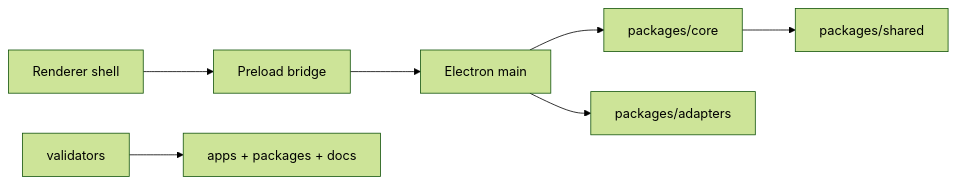
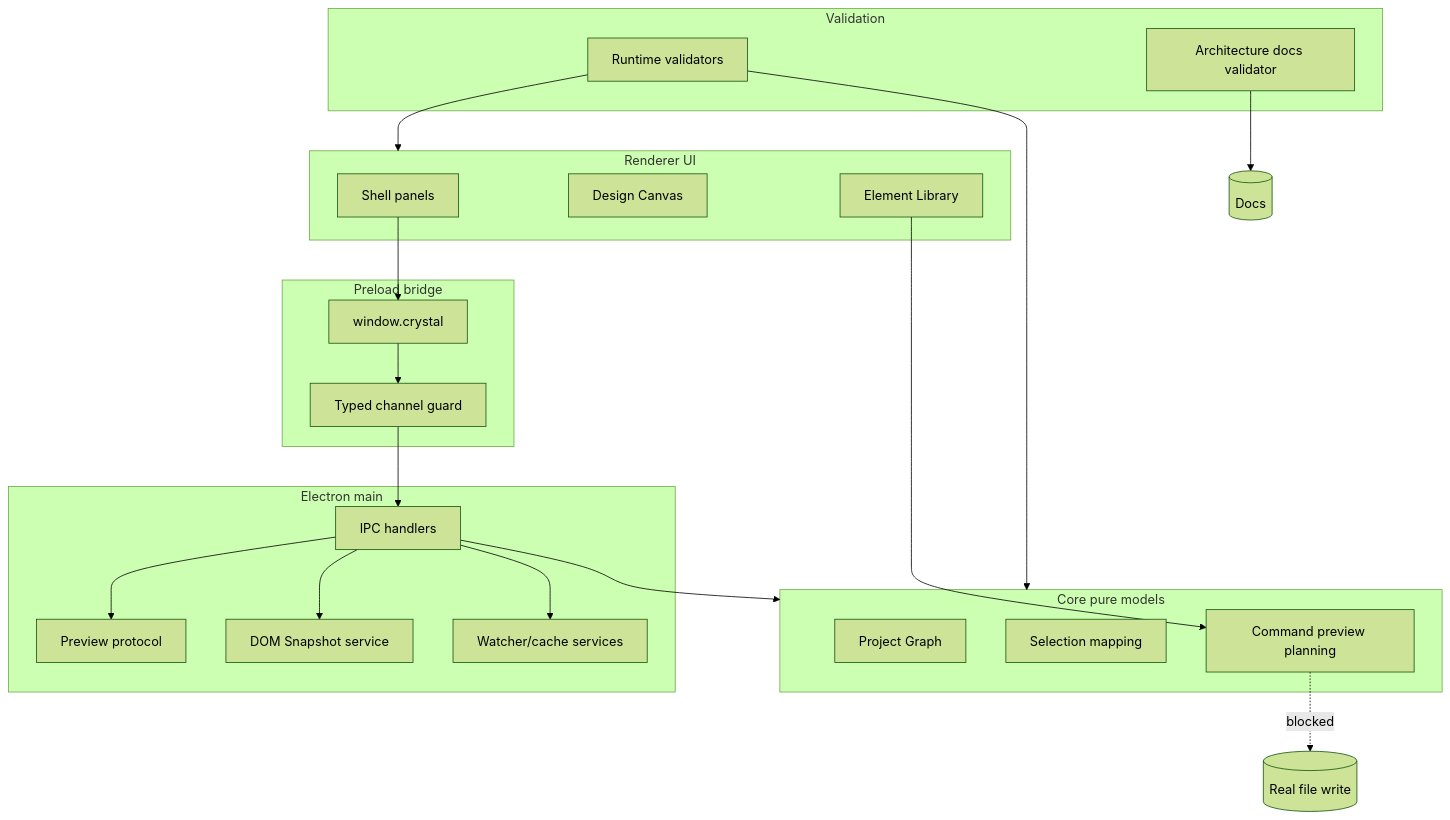
One commit to krestosa/Crystal changed the diagram in docs/architecture/README.md. Above: the diagram before and after it, drawn with Mermaid (forest theme). The commit also changed other lines of this file and 7 other files, not shown here.

Commit message:
Improve architecture docs visual structure

````diff
--- a/docs/architecture/README.md
+++ b/docs/architecture/README.md
@@ -15,9 +67,42 @@
 ```mermaid
-flowchart LR
-  Main[Electron main] --> Core[packages/core]
-  Main --> Adapters[packages/adapters]
-  Renderer[Renderer shell] --> Preload[Preload bridge]
-  Preload --> Main
-  Core --> Shared[packages/shared]
-  Scripts[validators] --> Source[apps + packages + docs]
+flowchart TD
+  subgraph Renderer[Renderer UI]
+    Shell[Shell panels]
+    Canvas[Design Canvas]
+    Library[Element Library]
+  end
+
+  subgraph Bridge[Preload bridge]
+    API[window.crystal]
+    Channels[Typed channel guard]
+  end
+
+  subgraph Main[Electron main]
+    IPC[IPC handlers]
+    Preview[Preview protocol]
+    Snapshot[DOM Snapshot service]
+    Watcher[Watcher/cache services]
+  end
+
+  subgraph Core[Core pure models]
+    Graph[Project Graph]
+    Selection[Selection mapping]
+    Commands[Command preview planning]
+  end
+
+  subgraph Validators[Validation]
+    RuntimeChecks[Runtime validators]
+    DocsChecks[Architecture docs validator]
+  end
+
+  Shell --> API --> Channels --> IPC
+  IPC --> Preview
+  IPC --> Snapshot
+  IPC --> Watcher
+  IPC --> Core
+  Library --> Commands
+  Commands -. blocked .-> FileWrite[(Real file write)]
+  RuntimeChecks --> Renderer
+  RuntimeChecks --> Core
+  DocsChecks --> Docs[(Docs)]
 ```
````
